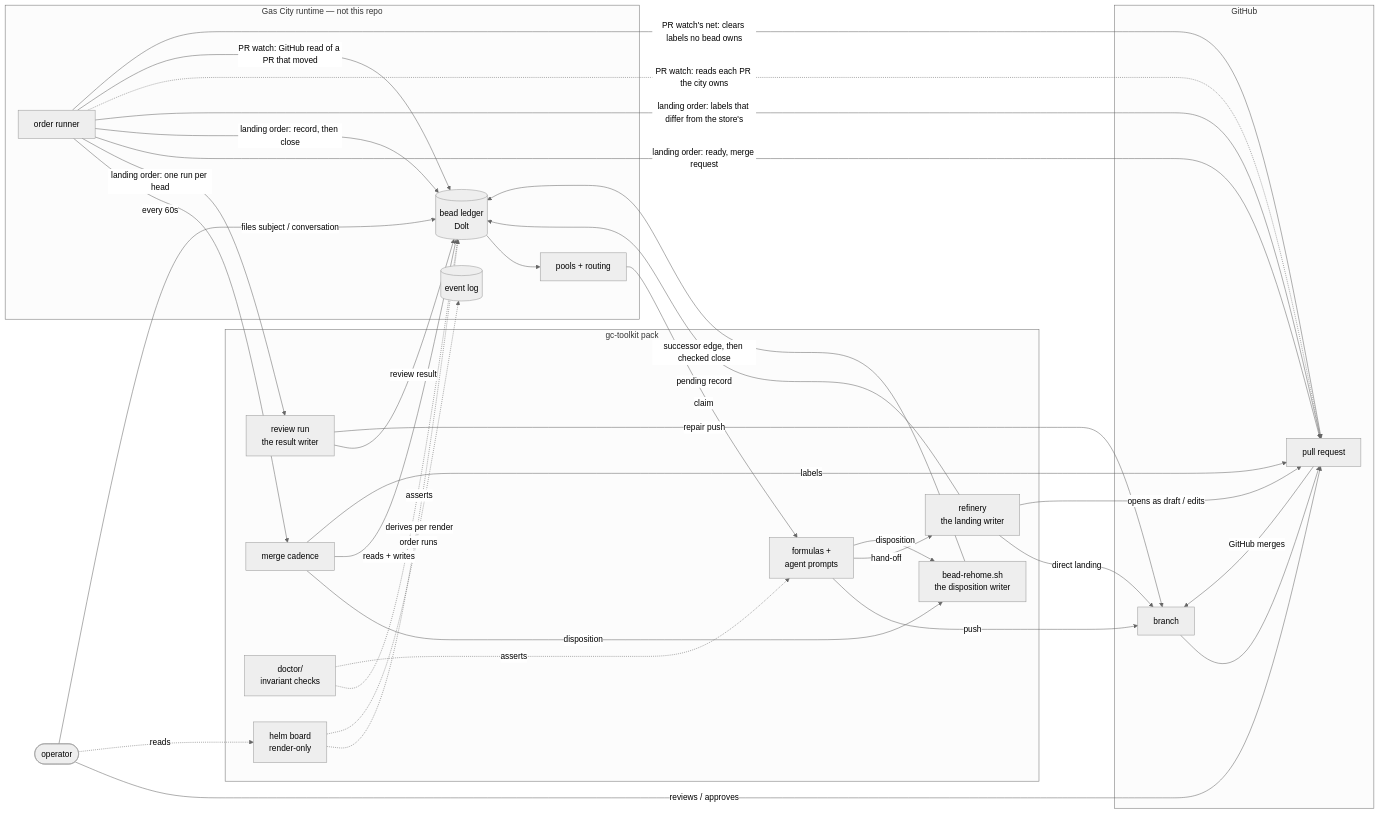
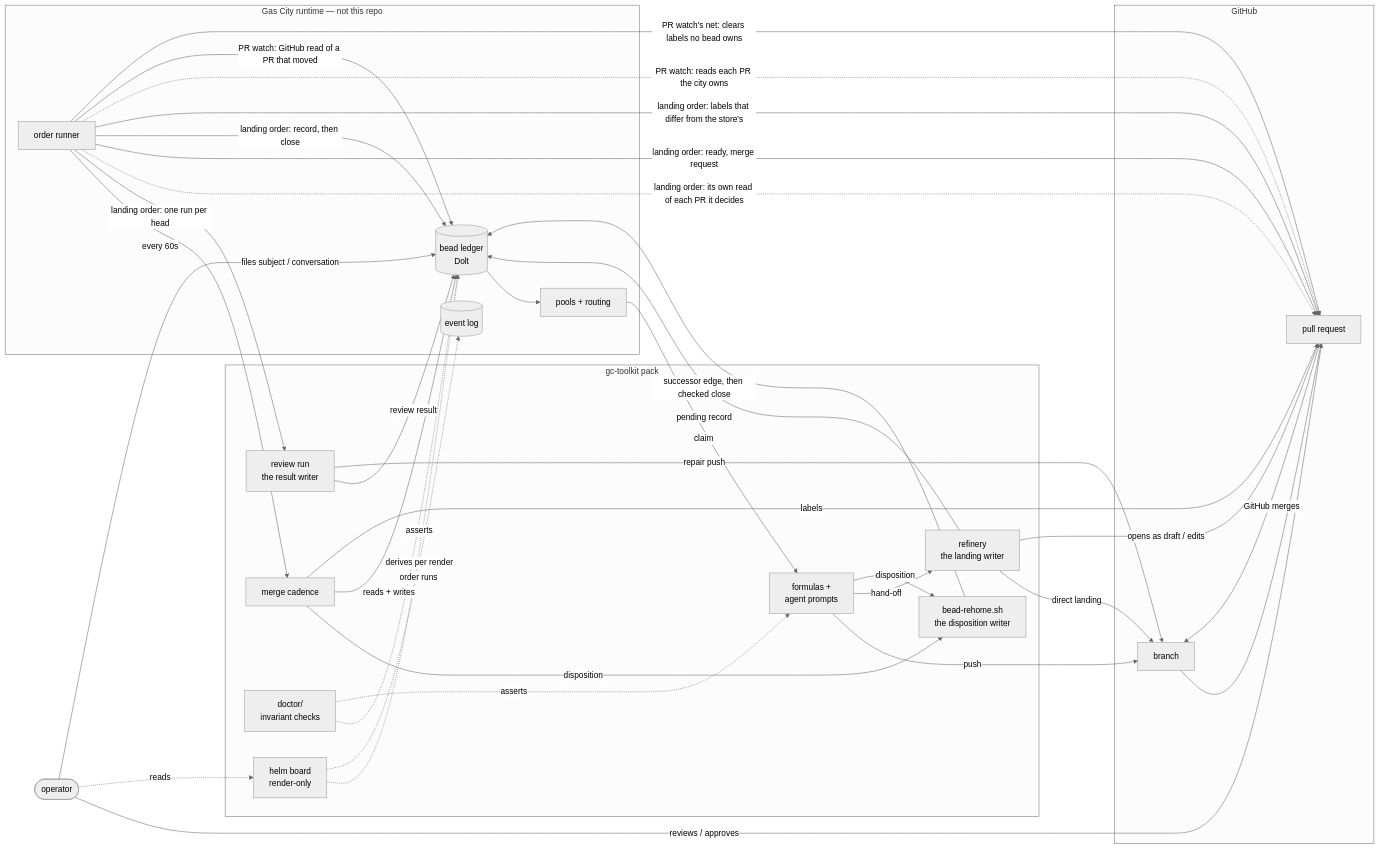
The diagram in docs/architecture.md (zookanalytics/gc-toolkit), drawn with Mermaid (neutral theme) before and after one commit. The commit also changed other lines of this file and 1 other file, not shown here.

````diff
--- a/docs/architecture.md
+++ b/docs/architecture.md
@@ -40,55 +40,56 @@
 ```mermaid
 flowchart LR
   OP([operator])
   subgraph city["Gas City runtime — not this repo"]
     LEDGER[(bead ledger<br/>Dolt)]
     EVT[(event log)]
     POOL[pools + routing]
     ORD[order runner]
   end
   subgraph pack["gc-toolkit pack"]
     FORM[formulas +<br/>agent prompts]
     REF[refinery<br/>the landing writer]
     DISP[bead-rehome.sh<br/>the disposition writer]
     CAD[merge cadence]
     RUN[review run<br/>the result writer]
     DOC[doctor/<br/>invariant checks]
     HELM[helm board<br/>render-only]
   end
   subgraph git["GitHub"]
     BR[branch]
     PR[pull request]
   end
 
   OP -->|files subject / conversation| LEDGER
   OP -->|reviews / approves| PR
   OP -.->|reads| HELM
   LEDGER --> POOL
   POOL -->|claim| FORM
   FORM -->|push| BR
   FORM -->|hand-off| REF
   REF -->|direct landing| BR
   REF -->|opens as draft / edits| PR
   REF -->|pending record| LEDGER
   FORM -->|disposition| DISP
   CAD -->|disposition| DISP
   DISP -->|successor edge, then checked close| LEDGER
   RUN -->|review result| LEDGER
   RUN -->|repair push| BR
   ORD -->|every 60s| CAD
   ORD -->|landing order: one run per head| RUN
+  ORD -.->|landing order: its own read of each PR it decides| PR
   ORD -->|landing order: ready, merge request| PR
   ORD -->|landing order: record, then close| LEDGER
   ORD -->|landing order: labels that differ from the store's| PR
   ORD -.->|PR watch: reads each PR the city owns| PR
   ORD -->|PR watch: GitHub read of a PR that moved| LEDGER
   ORD -->|PR watch's net: clears labels no bead owns| PR
   CAD -->|reads + writes| LEDGER
   CAD -->|labels| PR
   BR --> PR
   PR -->|GitHub merges| BR
   HELM -.->|derives per render| LEDGER
   HELM -.->|order runs| EVT
   DOC -.->|asserts| LEDGER
   DOC -.->|asserts| FORM
 ```
````
